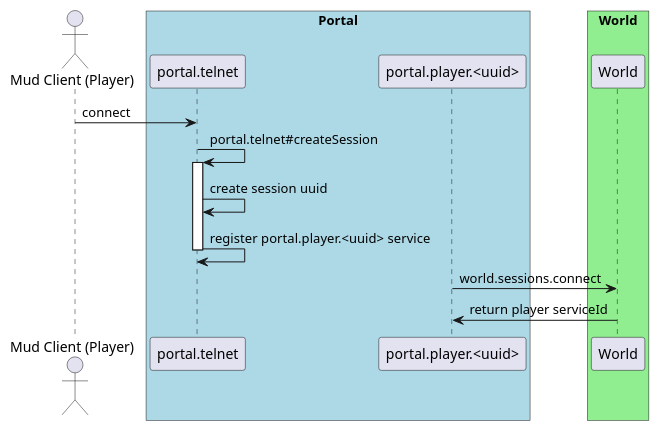
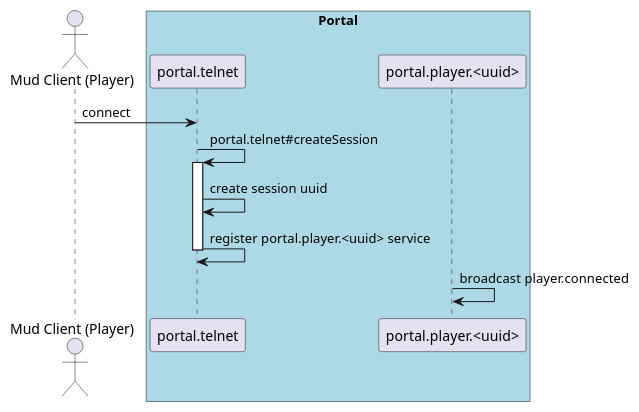
Before and after one commit to Cloudxtreme/engine-2: the diagram in docs/_site/pages/portal/portal_connection_flow.puml, drawn with PlantUML. The commit also changed 95 other files, not shown here.

```diff
--- a/docs/_site/pages/portal/portal_connection_flow.puml
+++ b/docs/_site/pages/portal/portal_connection_flow.puml
@@ -1,22 +1,17 @@
 @startuml
 actor "Mud Client (Player)" as Player
 
 box "Portal" #lightblue
 participant portal.telnet as telnet
 participant "portal.player.<uuid>" as session
 
 
 Player -> telnet: connect
 telnet -> telnet: portal.telnet#createSession
 activate telnet
 telnet -> telnet: create session uuid
 telnet -> telnet: register portal.player.<uuid> service
 deactivate telnet
-session -> World: world.sessions.connect
-World -> session: return player serviceId
-
-endbox
-box "World" #lightgreen
-participant World
+session -> session: broadcast player.connected
 endbox
 @enduml
```
